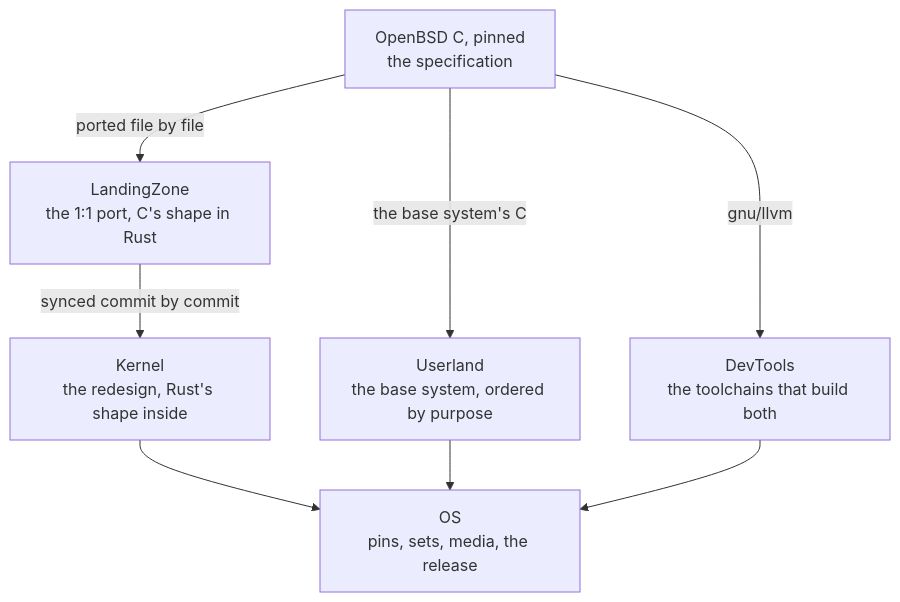
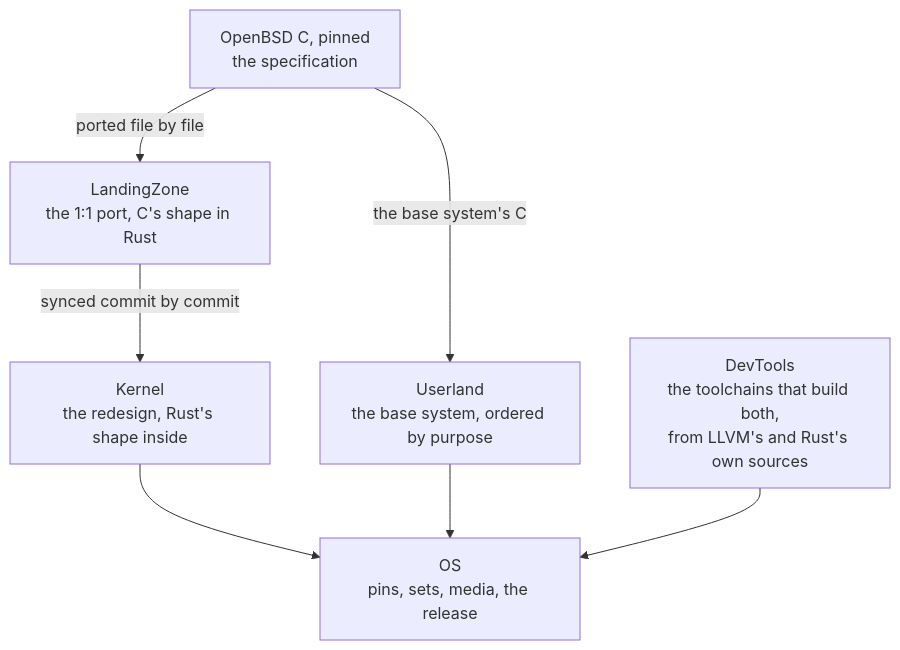
Before and after one commit to EmiBSD/Portal: the diagram in _diagrams/pipeline.mmd, drawn with Mermaid. The commit also changed 3 other files, not shown here.

First line of the commit message:
process: DevTools takes nothing from OpenBSD (Governance G-0015)

```diff
--- a/_diagrams/pipeline.mmd
+++ b/_diagrams/pipeline.mmd
@@ -1,17 +1,16 @@
 %% The pipeline, as docs/architecture.md of Governance draws it. Rendered by tools/diagrams.sh
 %% into assets/img/pipeline.svg and pipeline-dark.svg; process.md shows them with <picture>.
 flowchart TB
     obsd["OpenBSD C, pinned<br/>the specification"]
     lz["LandingZone<br/>the 1:1 port, C's shape in Rust"]
     k["Kernel<br/>the redesign, Rust's shape inside"]
     ul["Userland<br/>the base system, ordered by purpose"]
-    dev["DevTools<br/>the toolchains that build both"]
+    dev["DevTools<br/>the toolchains that build both,<br/>from LLVM's and Rust's own sources"]
     os["OS<br/>pins, sets, media, the release"]
 
     obsd -- "ported file by file" --> lz
     lz -- "synced commit by commit" --> k
     obsd -- "the base system's C" --> ul
-    obsd -- "gnu/llvm" --> dev
     k --> os
     ul --> os
     dev --> os
```
